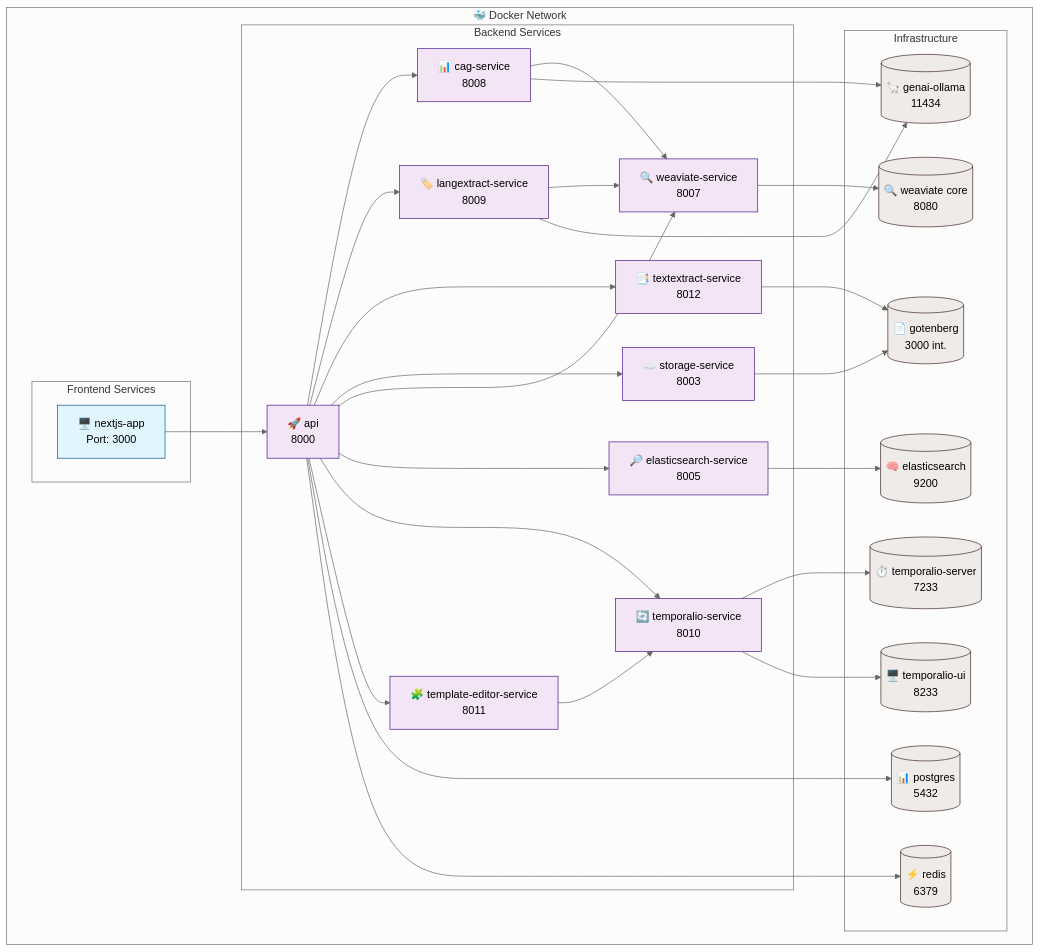
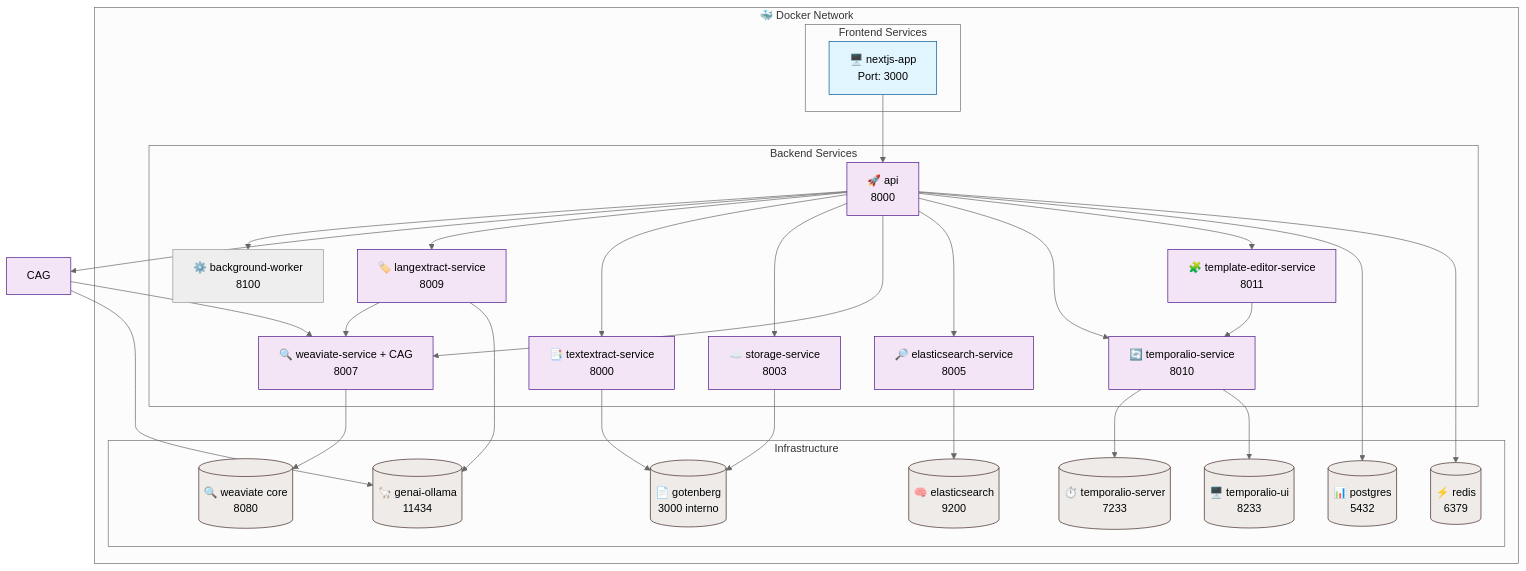
One commit to horelvis/nexus-documents-ia changed the fifth of 5 diagrams in README.md. Above: the diagram before and after it, drawn with Mermaid (neutral theme). The commit also changed other lines of this file and 212 other files, not shown here.

````diff
--- a/README.md
+++ b/README.md
@@ -479,66 +490,67 @@
 ```mermaid
 graph TB
     subgraph "🐳 Docker Network"
         subgraph "Frontend Services"
             NextJS[🖥️ nextjs-app<br/>Port: 3000]
         end
 
         subgraph "Backend Services"
             API[🚀 api<br/>8000]
-            CAG[📊 cag-service<br/>8008]
             LangExtract[🏷️ langextract-service<br/>8009]
-            TextExtract[📑 textextract-service<br/>8012]
+            TextExtract[📑 textextract-service<br/>8000]
             Storage[☁️ storage-service<br/>8003]
-            WeaviateSvc[🔍 weaviate-service<br/>8007]
+            WeaviateSvc[🔍 weaviate-service + CAG<br/>8007]
             ElasticSvc[🔎 elasticsearch-service<br/>8005]
             TemporalSvc[🔄 temporalio-service<br/>8010]
             TemplateSvc[🧩 template-editor-service<br/>8011]
+            BackgroundWorker[⚙️ background-worker<br/>8100]
         end
 
         subgraph "Infrastructure"
             Postgres[(📊 postgres<br/>5432)]
             Redis[(⚡ redis<br/>6379)]
             Weaviate[(🔍 weaviate core<br/>8080)]
             Elasticsearch[(🧠 elasticsearch<br/>9200)]
             TemporalServer[(⏱️ temporalio-server<br/>7233)]
             TemporalUI[(🖥️ temporalio-ui<br/>8233)]
-            Gotenberg[(📄 gotenberg<br/>3000 int.)]
+            Gotenberg[(📄 gotenberg<br/>3000 interno)]
             Ollama[(🦙 genai-ollama<br/>11434)]
         end
     end
 
     NextJS --> API
+    API --> BackgroundWorker
 
     API --> CAG
     API --> LangExtract
     API --> TextExtract
     API --> Storage
     API --> WeaviateSvc
     API --> ElasticSvc
     API --> TemporalSvc
     API --> TemplateSvc
 
     CAG --> WeaviateSvc
     LangExtract --> WeaviateSvc
     CAG --> Ollama
     LangExtract --> Ollama
     TextExtract --> Gotenberg
 
     WeaviateSvc --> Weaviate
     ElasticSvc --> Elasticsearch
     Storage --> Gotenberg
     TemporalSvc --> TemporalServer
     TemporalSvc --> TemporalUI
     TemplateSvc --> TemporalSvc
 
     API --> Postgres
     API --> Redis
 
     classDef frontend fill:#e1f5fe,stroke:#01579b
     classDef backend fill:#f3e5f5,stroke:#4a148c
     classDef infra fill:#efebe9,stroke:#3e2723
 
     class NextJS frontend
     class API,CAG,LangExtract,TextExtract,Storage,WeaviateSvc,ElasticSvc,TemporalSvc,TemplateSvc backend
     class Postgres,Redis,Weaviate,Elasticsearch,TemporalServer,TemporalUI,Gotenberg,Ollama infra
 ```
````
